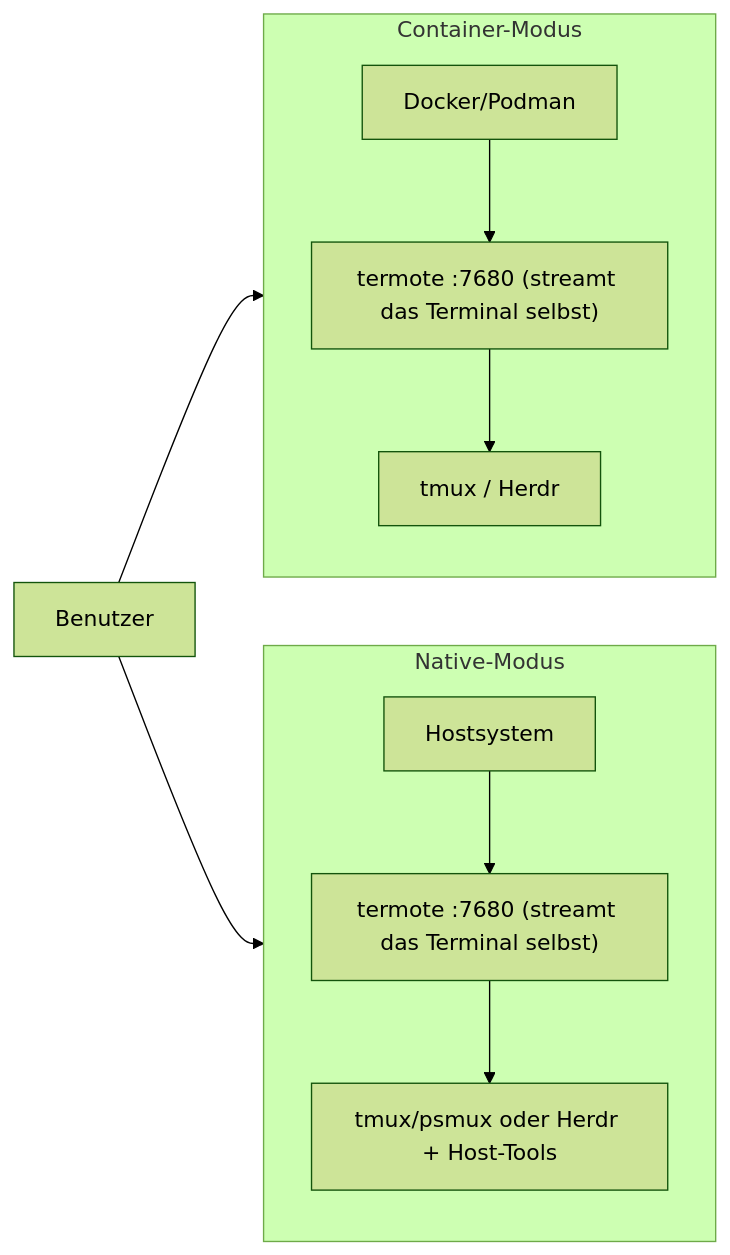
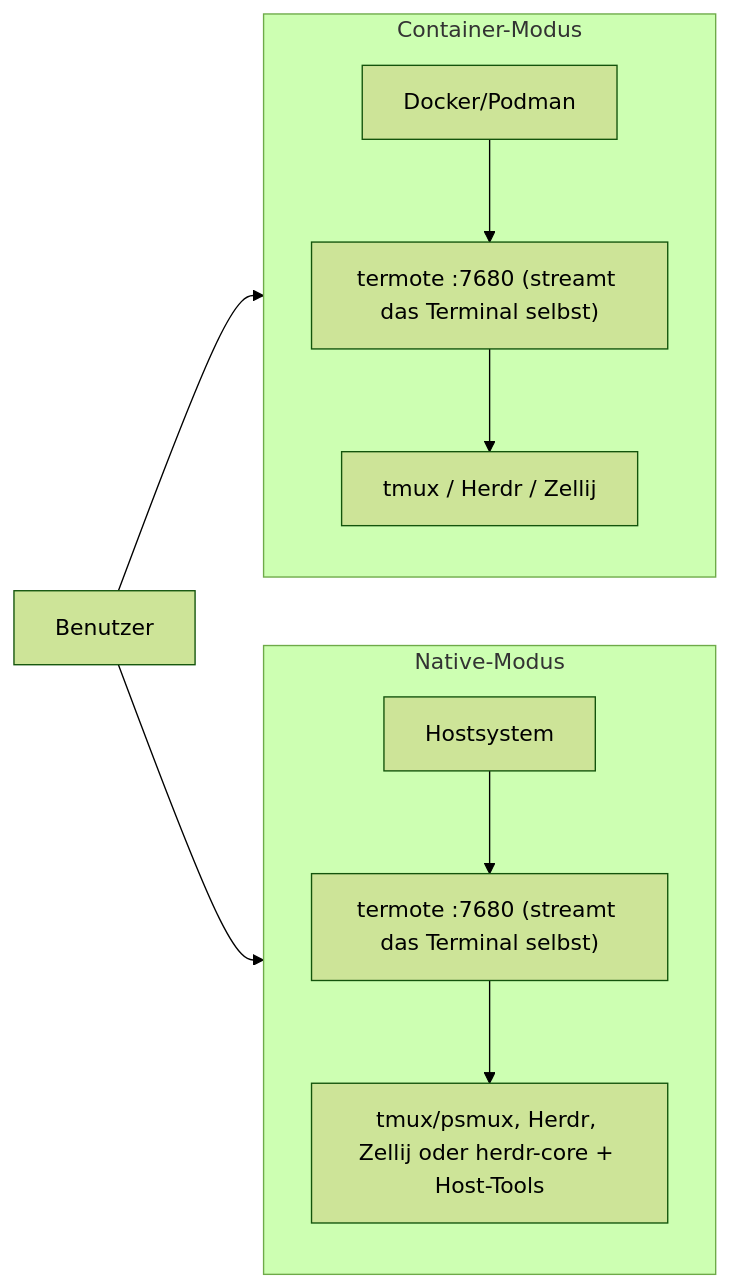
Before and after one commit to lamngockhuong/termote: the second of 2 diagrams in README.de.md, drawn with Mermaid (forest theme). The commit also changed other lines of this file and 14 other files, not shown here.

````diff
--- a/README.de.md
+++ b/README.de.md
@@ -252,14 +258,14 @@
 ```mermaid
 flowchart LR
     subgraph Container["Container-Modus"]
         direction TB
-        C1["Docker/Podman"] --> C2["termote :7680 (streamt das Terminal selbst)"] --> C3["tmux / Herdr"]
+        C1["Docker/Podman"] --> C2["termote :7680 (streamt das Terminal selbst)"] --> C3["tmux / Herdr / Zellij"]
     end
 
     subgraph Native["Native-Modus"]
         direction TB
-        N1["Hostsystem"] --> N2["termote :7680 (streamt das Terminal selbst)"] --> N3["tmux/psmux oder Herdr + Host-Tools"]
+        N1["Hostsystem"] --> N2["termote :7680 (streamt das Terminal selbst)"] --> N3["tmux/psmux, Herdr, Zellij oder herdr-core + Host-Tools"]
     end
 
     User["Benutzer"] --> Container & Native
 ```
````
